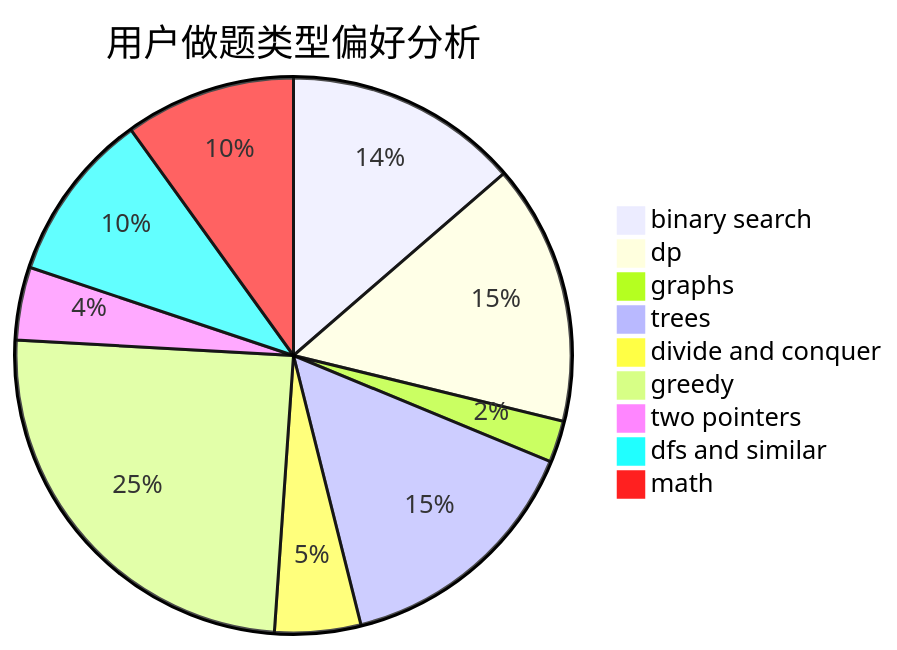
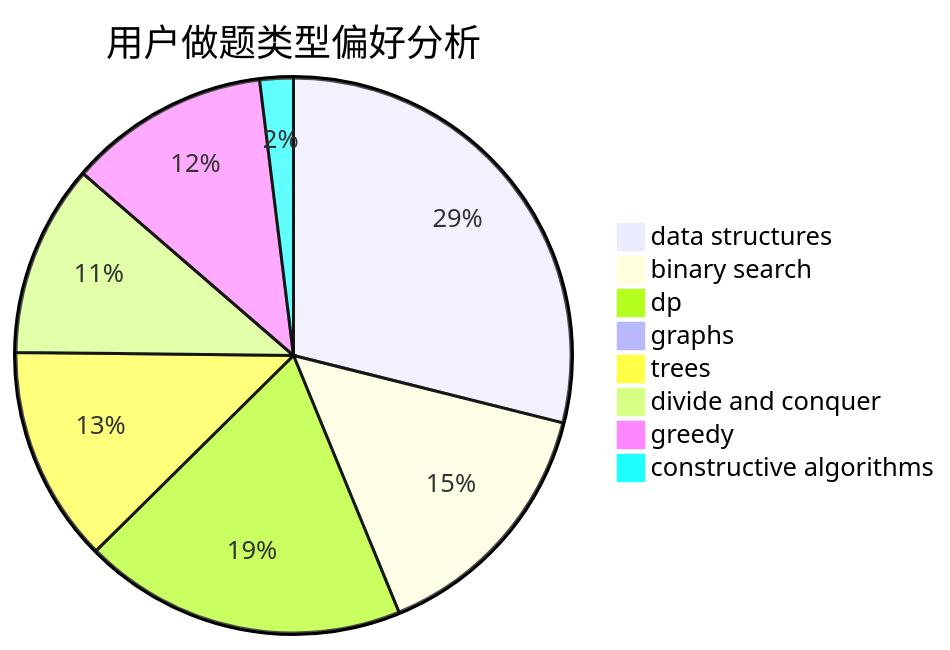
The second of 3 diagrams in docs/user/u662.md (sherpahu/cfrs.github.io), drawn with Mermaid before and after one commit. The commit also changed other lines of this file and 2775 other files, not shown here.

````diff
--- a/docs/user/u662.md
+++ b/docs/user/u662.md
@@ -23,12 +23,11 @@
 ```mermaid
 pie title 用户做题类型偏好分析
-    "binary search" :  180
-    "dp" :  200
-    "graphs" :  32
-    "trees" :  196
-    "divide and conquer" :  66
-    "greedy" :  327
-    "two pointers" :  56
-    "dfs and similar" :  131
-    "math" :  131
+    "data structures" :  163
+    "binary search" :  84
+    "dp" :  106
+    "graphs" :  3
+    "trees" :  71
+    "divide and conquer" :  63
+    "greedy" :  66
+    "constructive algorithms" :  11
 ```
````
